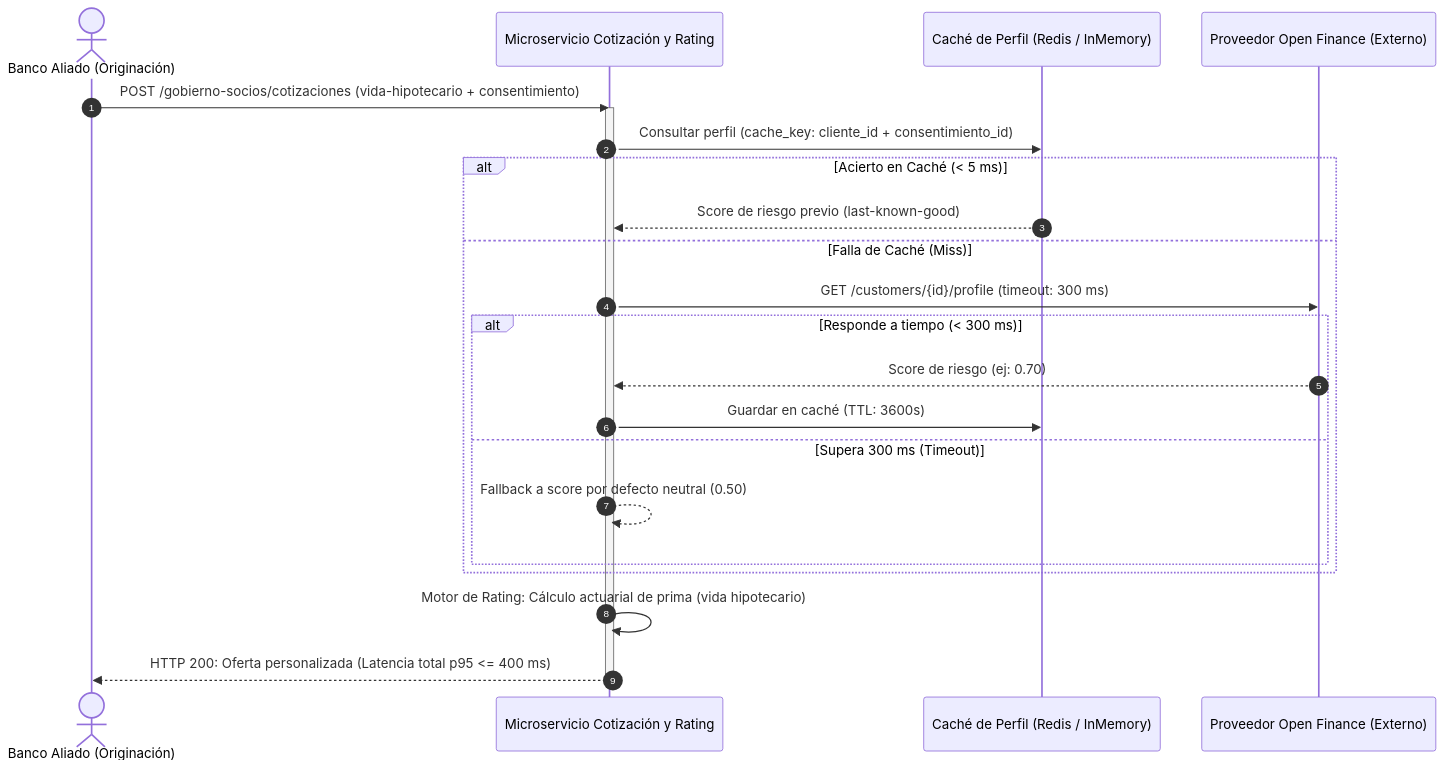
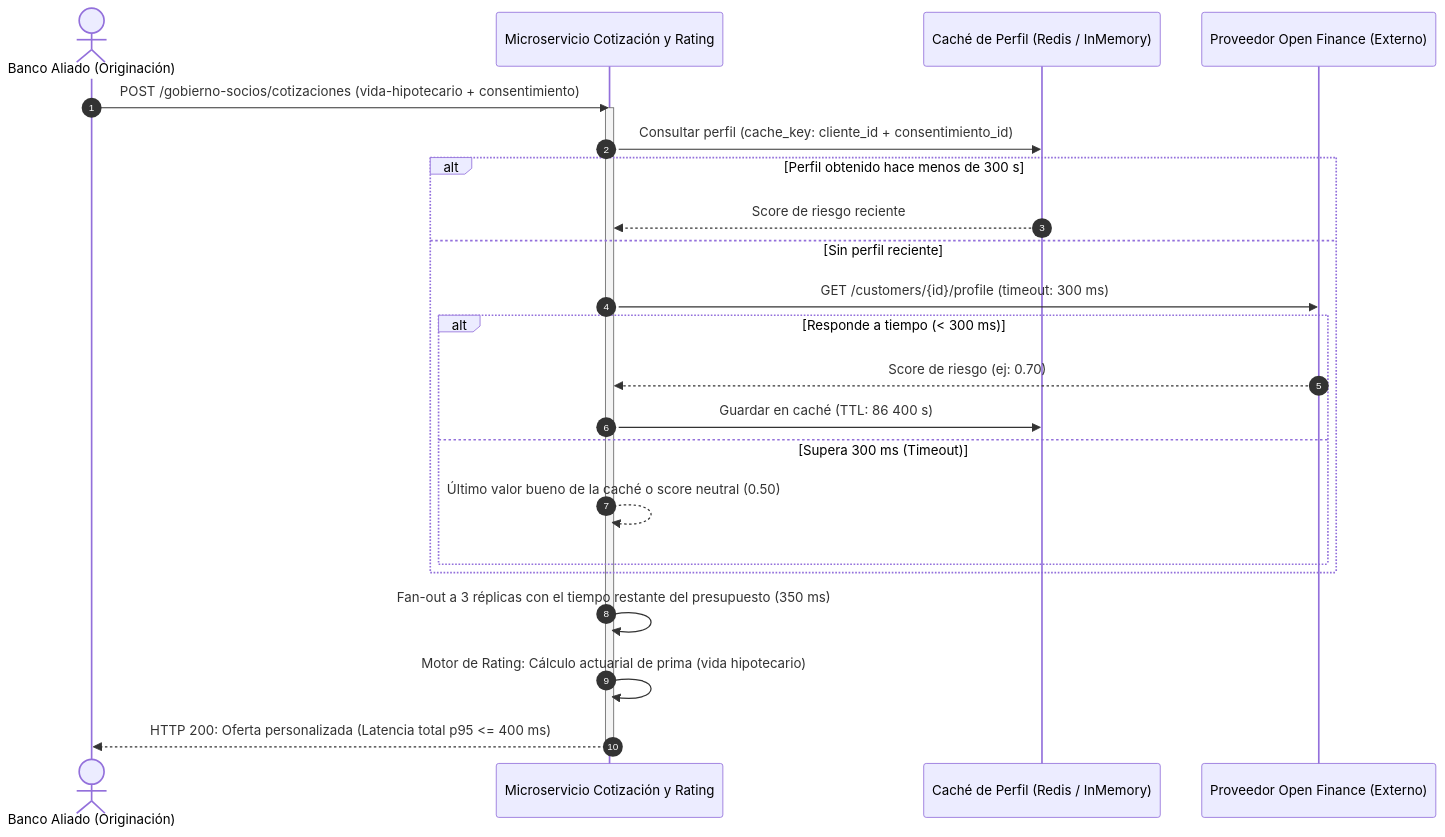
The diagram in docs/ASR-02.md (MISOG6ProyectoFinal/solventa), drawn with Mermaid before and after one commit. The commit also changed other lines of this file and 1 other file, not shown here.

Commit message:
docs: ASR-02 y ASR-10 con el presupuesto, la caché y los timeouts que tiene hoy el código (#113)

````diff
--- a/docs/ASR-02.md
+++ b/docs/ASR-02.md
@@ -35,26 +35,27 @@
 ```mermaid
 sequenceDiagram
     autonumber
     actor Banco as Banco Aliado (Originación)
     participant Cot as Microservicio Cotización y Rating
     participant Cache as Caché de Perfil (Redis / InMemory)
     participant OF as Proveedor Open Finance (Externo)
 
     Banco->>Cot: POST /gobierno-socios/cotizaciones (vida-hipotecario + consentimiento)
     activate Cot
     Cot->>Cache: Consultar perfil (cache_key: cliente_id + consentimiento_id)
-    alt Acierto en Caché (< 5 ms)
-        Cache-->>Cot: Score de riesgo previo (last-known-good)
-    else Falla de Caché (Miss)
+    alt Perfil obtenido hace menos de 300 s
+        Cache-->>Cot: Score de riesgo reciente
+    else Sin perfil reciente
         Cot->>OF: GET /customers/{id}/profile (timeout: 300 ms)
         alt Responde a tiempo (< 300 ms)
             OF-->>Cot: Score de riesgo (ej: 0.70)
-            Cot->>Cache: Guardar en caché (TTL: 3600s)
+            Cot->>Cache: Guardar en caché (TTL: 86 400 s)
         else Supera 300 ms (Timeout)
-            Cot-->>Cot: Fallback a score por defecto neutral (0.50)
+            Cot-->>Cot: Último valor bueno de la caché o score neutral (0.50)
         end
     end
+    Cot->>Cot: Fan-out a 3 réplicas con el tiempo restante del presupuesto (350 ms)
     Cot->>Cot: Motor de Rating: Cálculo actuarial de prima (vida hipotecario)
     Cot-->>Banco: HTTP 200: Oferta personalizada (Latencia total p95 <= 400 ms)
     deactivate Cot
 ```
````
